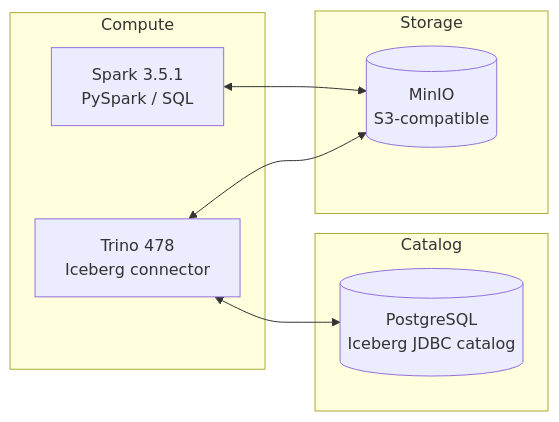
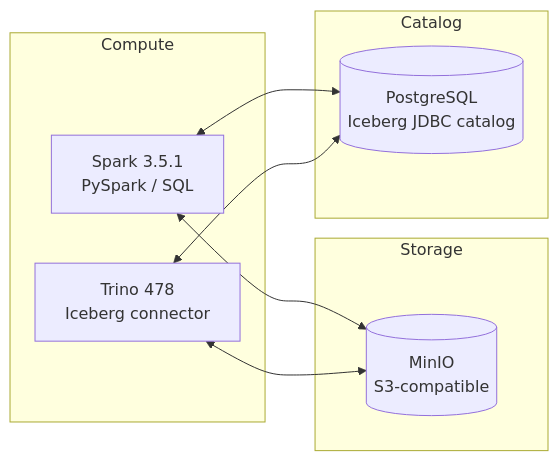
The diagram in README.md (dementev-dev/mini-lakehouse-lab), drawn with Mermaid before and after one commit.

Commit message:
Фикс диаграммы

````diff
--- a/README.md
+++ b/README.md
@@ -18,19 +18,20 @@
 ```mermaid
 graph LR
     subgraph Storage
         M[(MinIO<br/>S3-compatible)]
     end
 
     subgraph Catalog
         P[(PostgreSQL<br/>Iceberg JDBC catalog)]
     end
 
     subgraph Compute
         S[Spark 3.5.1<br/>PySpark / SQL]
         T[Trino 478<br/>Iceberg connector]
     end
 
     S <--> M
+    S <--> P
     T <--> M
     T <--> P
 ```
````
